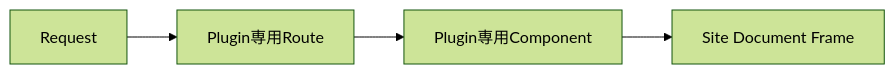
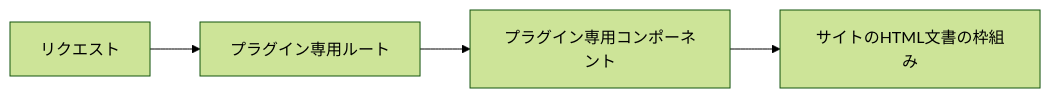
One commit to Rerurate514/riebeckite changed the fourth of 14 diagrams in docs/docs/framework/page-system.ja.md. Above: the diagram before and after it, drawn with Mermaid (forest theme). The commit also changed other lines of this file and 310 other files, not shown here.

````diff
--- a/docs/docs/framework/page-system.ja.md
+++ b/docs/docs/framework/page-system.ja.md
@@ -120,11 +108,11 @@
 ```mermaid id="5bcyu3"
 flowchart LR
-    Request["Request"]
-    Route["Plugin専用Route"]
-    Component["Plugin専用Component"]
-    Frame["Site Document Frame"]
+    Request["リクエスト"]
+    Route["プラグイン専用ルート"]
+    Component["プラグイン専用コンポーネント"]
+    Frame["サイトのHTML文書の枠組み"]
 
     Request --> Route
     Route --> Component
     Component --> Frame
 ```
````
